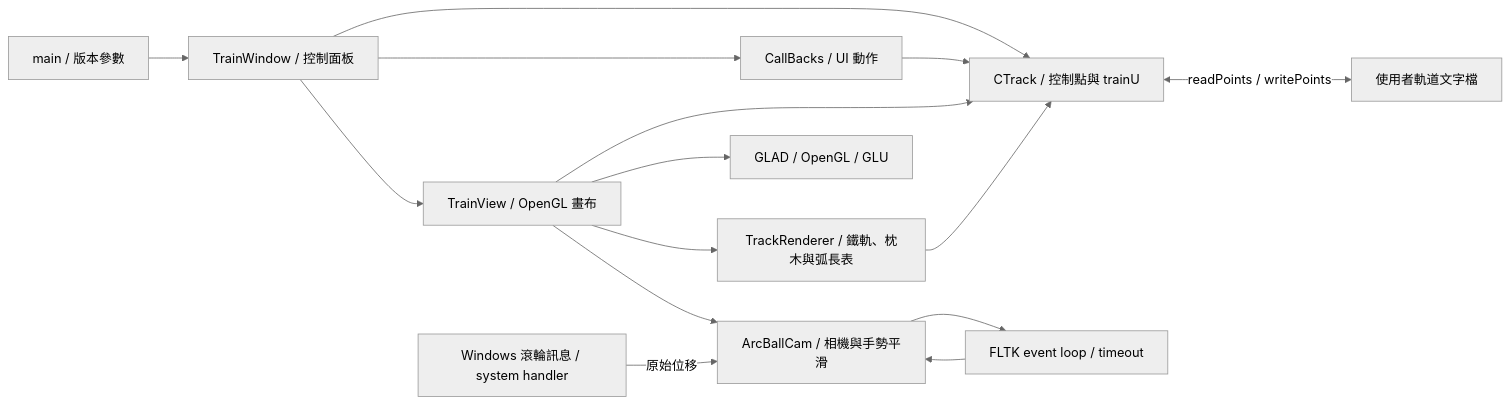
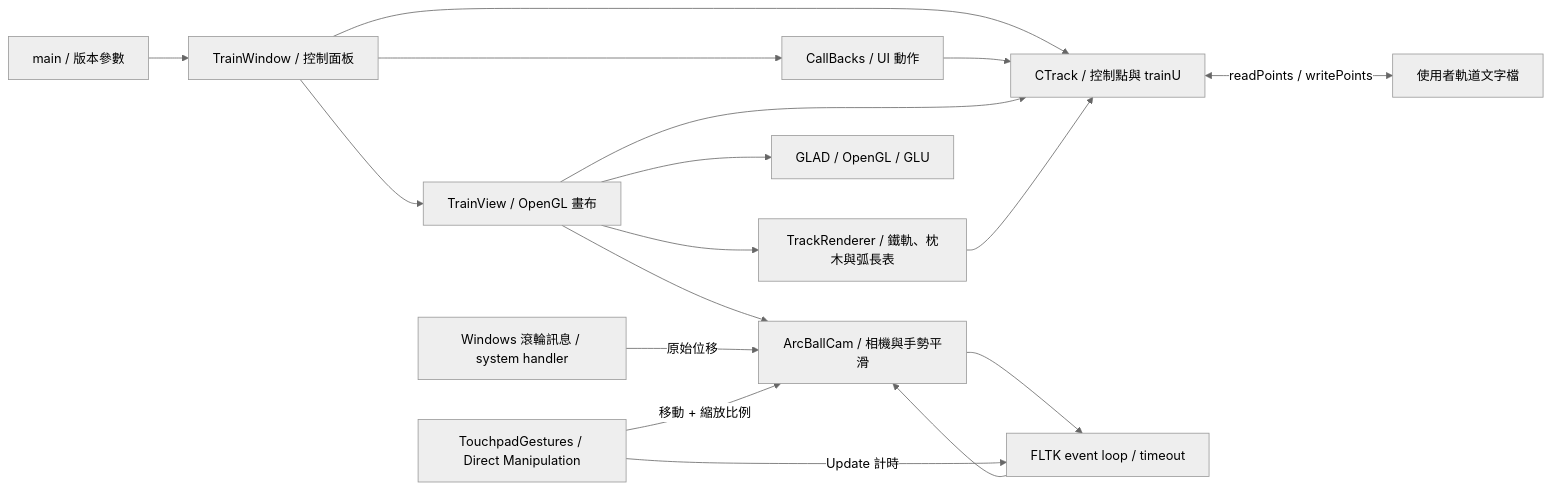
The diagram in docs/architecture.md (wj6wj6/RollerCoasters), drawn with Mermaid (neutral theme) before and after one commit. The commit also changed other lines of this file and 12 other files, not shown here.

First line of the commit message:
feat(camera): orbit and zoom in the same touchpad gesture

````diff
--- a/docs/architecture.md
+++ b/docs/architecture.md
@@ -3,17 +3,19 @@
 ```mermaid
 flowchart LR
     Main[main / 版本參數] --> Window[TrainWindow / 控制面板]
     Window --> View[TrainView / OpenGL 畫布]
     Window --> Track[CTrack / 控制點與 trainU]
     Window --> Callbacks[CallBacks / UI 動作]
     Callbacks --> Track
     View --> Track
     View --> Rails[TrackRenderer / 鐵軌、枕木與弧長表]
     Rails --> Track
     View --> Camera[ArcBallCam / 相機與手勢平滑]
     Camera --> Timer[FLTK event loop / timeout]
     Timer --> Camera
     Wheel[Windows 滾輪訊息 / system handler] -->|原始位移| Camera
+    Touchpad[TouchpadGestures / Direct Manipulation] -->|移動 + 縮放比例| Camera
+    Touchpad -->|Update 計時| Timer
     Track <-->|readPoints / writePoints| File[使用者軌道文字檔]
     View --> GL[GLAD / OpenGL / GLU]
 ```
````
